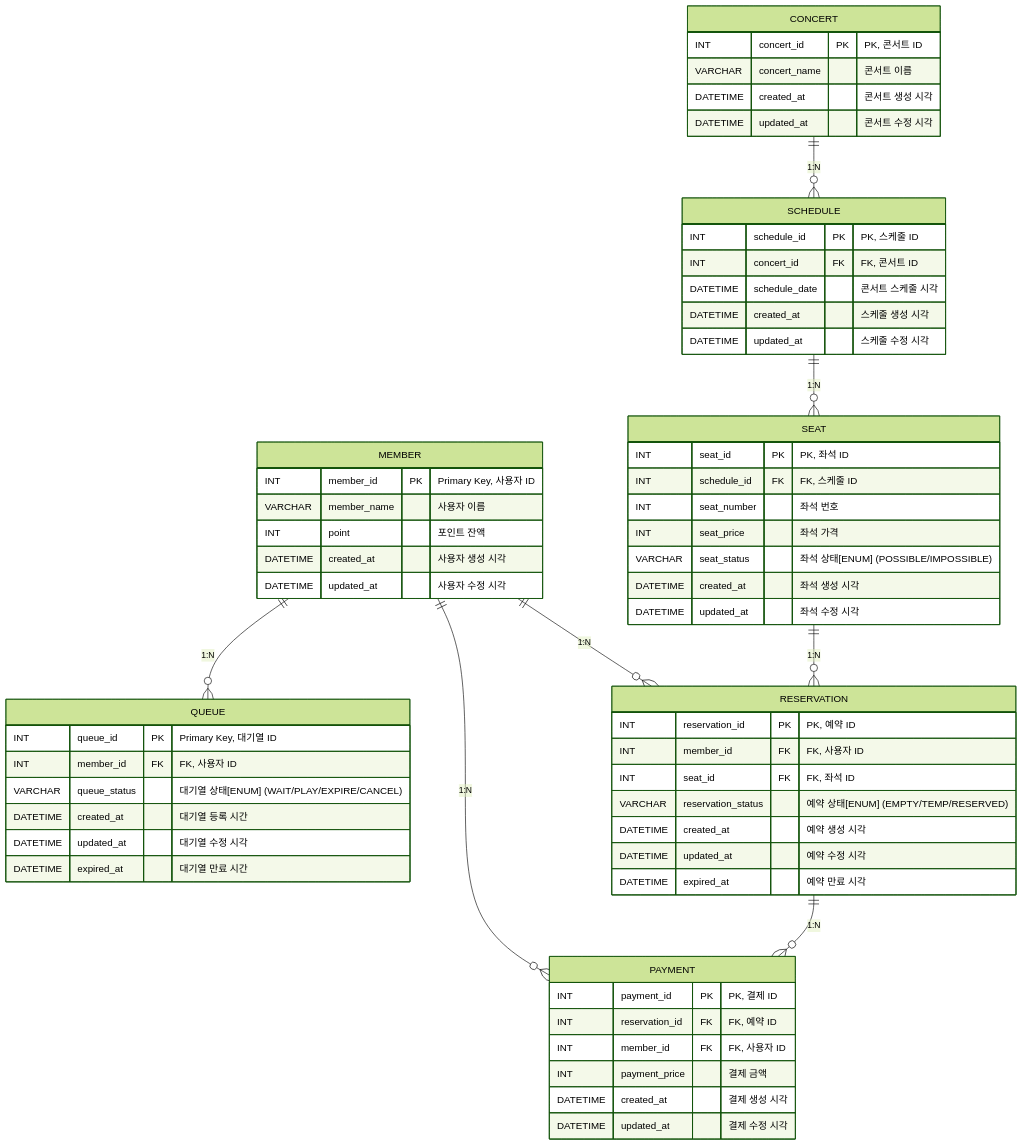
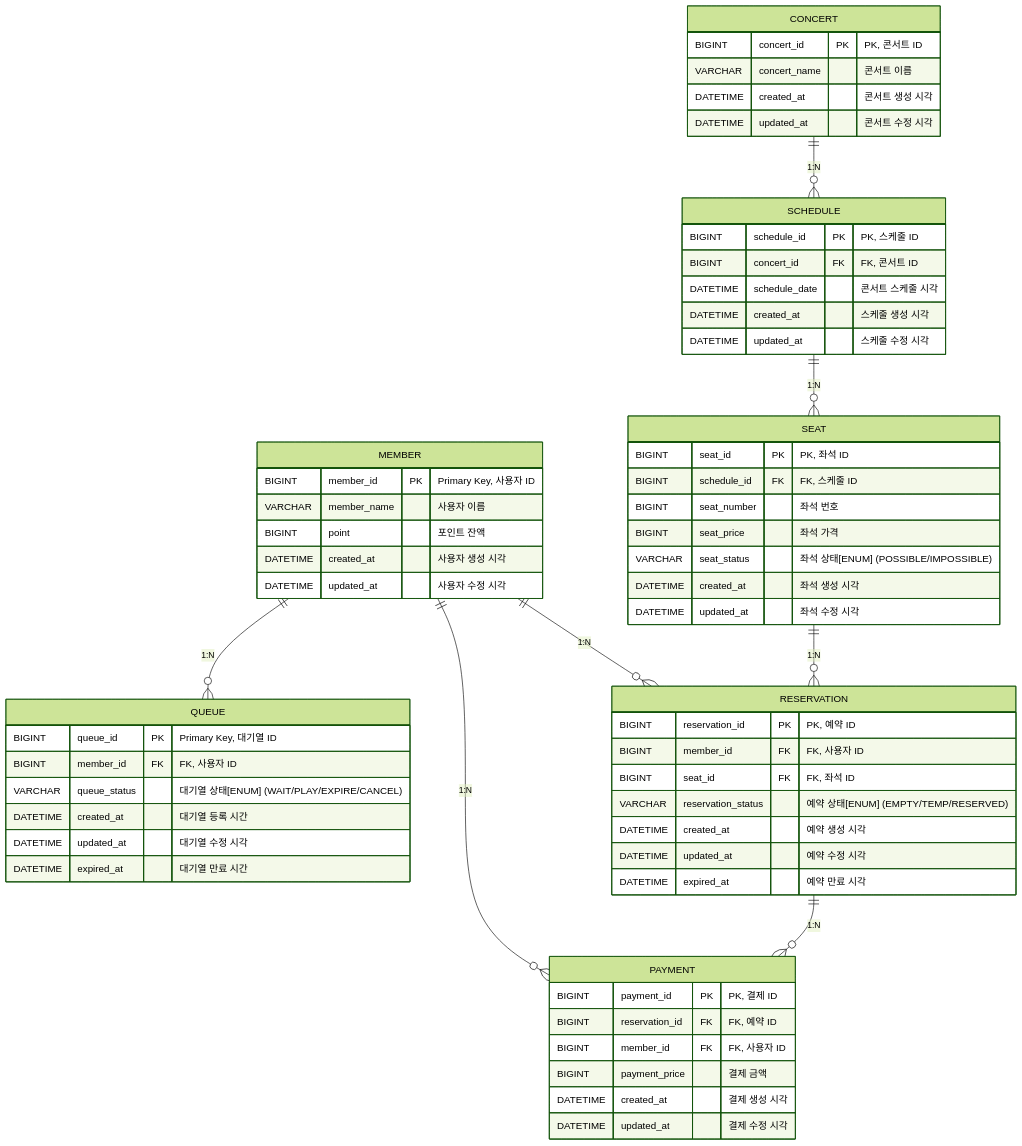
Before and after one commit to kimyezzang97/concert: the diagram in docs/erd/ERD.md, drawn with Mermaid.

Commit message:
docs: ERD 수정

````diff
--- a/docs/erd/ERD.md
+++ b/docs/erd/ERD.md
@@ -1,68 +1,68 @@
 ```mermaid
 ---
 config:
   theme: forest
 ---
 erDiagram
     QUEUE {
-        INT queue_id PK "Primary Key, 대기열 ID"
-        INT member_id FK "FK, 사용자 ID"
+        BIGINT queue_id PK "Primary Key, 대기열 ID"
+        BIGINT member_id FK "FK, 사용자 ID"
         VARCHAR queue_status "대기열 상태[ENUM] (WAIT/PLAY/EXPIRE/CANCEL)"
         DATETIME created_at "대기열 등록 시간"
         DATETIME updated_at "대기열 수정 시각"
         DATETIME expired_at "대기열 만료 시간"
     }
     MEMBER{
-        INT member_id PK "Primary Key, 사용자 ID"
+        BIGINT member_id PK "Primary Key, 사용자 ID"
         VARCHAR member_name "사용자 이름"
-        INT point "포인트 잔액"
+        BIGINT point "포인트 잔액"
         DATETIME created_at "사용자 생성 시각"
         DATETIME updated_at "사용자 수정 시각"
     }
     PAYMENT {
-        INT payment_id PK "PK, 결제 ID"
-        INT reservation_id FK "FK, 예약 ID"
-        INT member_id FK "FK, 사용자 ID"
-        INT payment_price "결제 금액"
+        BIGINT payment_id PK "PK, 결제 ID"
+        BIGINT reservation_id FK "FK, 예약 ID"
+        BIGINT member_id FK "FK, 사용자 ID"
+        BIGINT payment_price "결제 금액"
         DATETIME created_at "결제 생성 시각"
         DATETIME updated_at "결제 수정 시각"
     }
     RESERVATION {
-        INT reservation_id PK "PK, 예약 ID"
-        INT member_id FK "FK, 사용자 ID"
-        INT seat_id FK "FK, 좌석 ID"
+        BIGINT reservation_id PK "PK, 예약 ID"
+        BIGINT member_id FK "FK, 사용자 ID"
+        BIGINT seat_id FK "FK, 좌석 ID"
         VARCHAR reservation_status "예약 상태[ENUM] (EMPTY/TEMP/RESERVED)"
         DATETIME created_at "예약 생성 시각"
         DATETIME updated_at "예약 수정 시각"
         DATETIME expired_at "예약 만료 시각"
     }
     SEAT {
-        INT seat_id PK "PK, 좌석 ID"
-        INT schedule_id FK "FK, 스케줄 ID"
-        INT seat_number "좌석 번호"
-        INT seat_price "좌석 가격"
+        BIGINT seat_id PK "PK, 좌석 ID"
+        BIGINT schedule_id FK "FK, 스케줄 ID"
+        BIGINT seat_number "좌석 번호"
+        BIGINT seat_price "좌석 가격"
         VARCHAR seat_status "좌석 상태[ENUM] (POSSIBLE/IMPOSSIBLE)"
         DATETIME created_at "좌석 생성 시각"
         DATETIME updated_at "좌석 수정 시각"
     }
     SCHEDULE {
-        INT schedule_id PK "PK, 스케줄 ID"
-        INT concert_id FK "FK, 콘서트 ID"
+        BIGINT schedule_id PK "PK, 스케줄 ID"
+        BIGINT concert_id FK "FK, 콘서트 ID"
         DATETIME schedule_date "콘서트 스케줄 시각"
         DATETIME created_at "스케줄 생성 시각"
         DATETIME updated_at "스케줄 수정 시각"
     }
     CONCERT {
-        INT concert_id PK "PK, 콘서트 ID"
+        BIGINT concert_id PK "PK, 콘서트 ID"
         VARCHAR concert_name "콘서트 이름"
         DATETIME created_at "콘서트 생성 시각"
         DATETIME updated_at "콘서트 수정 시각"
     }
     CONCERT ||--o{ SCHEDULE : "1:N"
     SCHEDULE ||--o{ SEAT : "1:N"
     SEAT ||--o{ RESERVATION : "1:N"
     RESERVATION ||--o{ PAYMENT : "1:N"
     MEMBER ||--o{ PAYMENT : "1:N"
     MEMBER ||--o{ RESERVATION : "1:N"
     MEMBER  ||--o{ QUEUE : "1:N"
 ```
````
